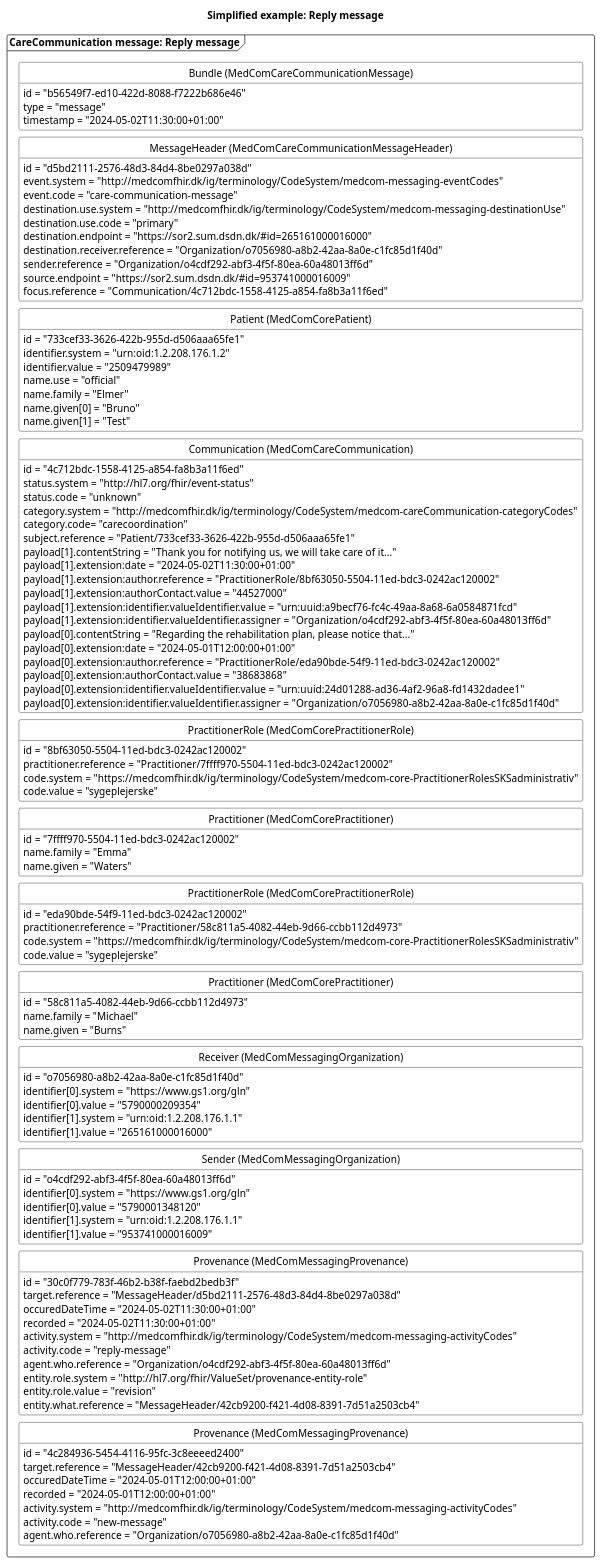
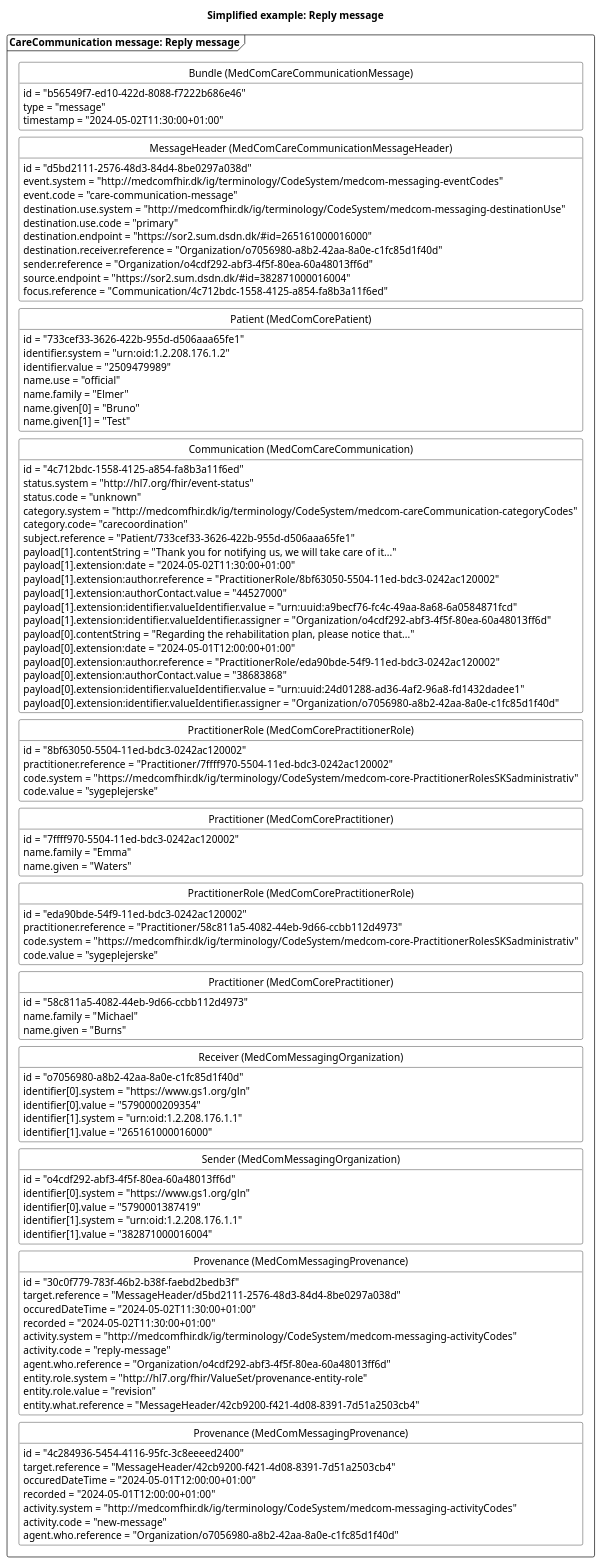
Before and after one commit to medcomdk/dk-medcom-carecommunication: the diagram in puml/CareCommunicationReplyMessage.puml, drawn with PlantUML. The commit also changed 29 other files, not shown here.

Commit message:
updated: R-A, R-B, R-C, R-E, R-H, S-A og S-E med nyt SOR som ikke er lukket

```diff
--- a/puml/CareCommunicationReplyMessage.puml
+++ b/puml/CareCommunicationReplyMessage.puml
@@ -1,137 +1,137 @@
 @startuml CCreplyMessage
 
 'layout
 skinparam class {
     BackgroundColor White
     BorderColor Black
     ArrowColor Black
   }
 hide circle
 hide empty members
 skinparam SameClassWidth true
 skinparam Ranksep 10
 
 
 'title
 title Simplified example: Reply message
 
 'Message 1: reply message
 package "CareCommunication message: Reply message" as reply <<Frame>>{
     class "Bundle (MedComCareCommunicationMessage)" as replyB {
         id = "b56549f7-ed10-422d-8088-f7222b686e46"
         type = "message"
         timestamp = "2024-05-02T11:30:00+01:00"
     }
     class "MessageHeader (MedComCareCommunicationMessageHeader)" as replyMH{
         id = "d5bd2111-2576-48d3-84d4-8be0297a038d"
         event.system = "http://medcomfhir.dk/ig/terminology/CodeSystem/medcom-messaging-eventCodes"
         event.code = "care-communication-message"
         destination.use.system = "http://medcomfhir.dk/ig/terminology/CodeSystem/medcom-messaging-destinationUse"
         destination.use.code = "primary"
         destination.endpoint = "https://sor2.sum.dsdn.dk/#id=265161000016000"
         destination.receiver.reference = "Organization/o7056980-a8b2-42aa-8a0e-c1fc85d1f40d"
         sender.reference = "Organization/o4cdf292-abf3-4f5f-80ea-60a48013ff6d"
-        source.endpoint = "https://sor2.sum.dsdn.dk/#id=953741000016009"
+        source.endpoint = "https://sor2.sum.dsdn.dk/#id=382871000016004"
         focus.reference = "Communication/4c712bdc-1558-4125-a854-fa8b3a11f6ed"
     }
     class "Patient (MedComCorePatient)" as replyPT{
         id = "733cef33-3626-422b-955d-d506aaa65fe1"
         identifier.system = "urn:oid:1.2.208.176.1.2"
         identifier.value = "2509479989"
         name.use = "official"
         name.family = "Elmer"
         name.given[0] = "Bruno"
         name.given[1] = "Test"
     }
     class "Communication (MedComCareCommunication)" as replyCom{
         id = "4c712bdc-1558-4125-a854-fa8b3a11f6ed"
         status.system = "http://hl7.org/fhir/event-status" 
         status.code = "unknown"
         category.system = "http://medcomfhir.dk/ig/terminology/CodeSystem/medcom-careCommunication-categoryCodes"
         category.code= "carecoordination"
         subject.reference = "Patient/733cef33-3626-422b-955d-d506aaa65fe1"
         payload[1].contentString = "Thank you for notifying us, we will take care of it..."
         payload[1].extension:date = "2024-05-02T11:30:00+01:00"
         payload[1].extension:author.reference = "PractitionerRole/8bf63050-5504-11ed-bdc3-0242ac120002"
         payload[1].extension:authorContact.value = "44527000"
         payload[1].extension:identifier.valueIdentifier.value = "urn:uuid:a9becf76-fc4c-49aa-8a68-6a0584871fcd"
         payload[1].extension:identifier.valueIdentifier.assigner = "Organization/o4cdf292-abf3-4f5f-80ea-60a48013ff6d"
         payload[0].contentString = "Regarding the rehabilitation plan, please notice that..."
         payload[0].extension:date = "2024-05-01T12:00:00+01:00"
         payload[0].extension:author.reference = "PractitionerRole/eda90bde-54f9-11ed-bdc3-0242ac120002"
         payload[0].extension:authorContact.value = "38683868"
         payload[0].extension:identifier.valueIdentifier.value = "urn:uuid:24d01288-ad36-4af2-96a8-fd1432dadee1"
         payload[0].extension:identifier.valueIdentifier.assigner = "Organization/o7056980-a8b2-42aa-8a0e-c1fc85d1f40d"
     } 
     class "PractitionerRole (MedComCorePractitionerRole)" as replyPracR{
         id = "8bf63050-5504-11ed-bdc3-0242ac120002"
         practitioner.reference = "Practitioner/7ffff970-5504-11ed-bdc3-0242ac120002"
         code.system = "https://medcomfhir.dk/ig/terminology/CodeSystem/medcom-core-PractitionerRolesSKSadministrativ"
         code.value = "sygeplejerske"
     }
     class "Practitioner (MedComCorePractitioner)" as replyPrac{
         id = "7ffff970-5504-11ed-bdc3-0242ac120002"
         name.family = "Emma"
         name.given = "Waters"
     }
     class "PractitionerRole (MedComCorePractitionerRole)" as newPracR{
         id = "eda90bde-54f9-11ed-bdc3-0242ac120002"
         practitioner.reference = "Practitioner/58c811a5-4082-44eb-9d66-ccbb112d4973"
         code.system = "https://medcomfhir.dk/ig/terminology/CodeSystem/medcom-core-PractitionerRolesSKSadministrativ"
         code.value = "sygeplejerske"
     }
     class "Practitioner (MedComCorePractitioner)" as newPrac{
         id = "58c811a5-4082-44eb-9d66-ccbb112d4973"
         name.family = "Michael"
         name.given = "Burns"
     }
     class "Sender (MedComMessagingOrganization)" as replySOrg{
         id = "o4cdf292-abf3-4f5f-80ea-60a48013ff6d"
         identifier[0].system = "https://www.gs1.org/gln"
-        identifier[0].value = "5790001348120"
+        identifier[0].value = "5790001387419"
         identifier[1].system = "urn:oid:1.2.208.176.1.1"
-        identifier[1].value = "953741000016009"
+        identifier[1].value = "382871000016004"
     }
     class "Receiver (MedComMessagingOrganization)" as replyROrg{
         id = "o7056980-a8b2-42aa-8a0e-c1fc85d1f40d"
         identifier[0].system = "https://www.gs1.org/gln"
         identifier[0].value = "5790000209354"
         identifier[1].system = "urn:oid:1.2.208.176.1.1"
         identifier[1].value = "265161000016000"
     }
     class "Provenance (MedComMessagingProvenance)" as replyPRO{
         id = "30c0f779-783f-46b2-b38f-faebd2bedb3f"
         target.reference = "MessageHeader/d5bd2111-2576-48d3-84d4-8be0297a038d"
         occuredDateTime = "2024-05-02T11:30:00+01:00"
         recorded = "2024-05-02T11:30:00+01:00"
         activity.system = "http://medcomfhir.dk/ig/terminology/CodeSystem/medcom-messaging-activityCodes"
         activity.code = "reply-message"
         agent.who.reference = "Organization/o4cdf292-abf3-4f5f-80ea-60a48013ff6d"
         entity.role.system = "http://hl7.org/fhir/ValueSet/provenance-entity-role"
         entity.role.value = "revision"
         entity.what.reference = "MessageHeader/42cb9200-f421-4d08-8391-7d51a2503cb4"
     }
     class "Provenance (MedComMessagingProvenance)" as newPRO{
         id = "4c284936-5454-4116-95fc-3c8eeeed2400"
         target.reference = "MessageHeader/42cb9200-f421-4d08-8391-7d51a2503cb4"
         occuredDateTime = "2024-05-01T12:00:00+01:00"
         recorded = "2024-05-01T12:00:00+01:00"
         activity.system = "http://medcomfhir.dk/ig/terminology/CodeSystem/medcom-messaging-activityCodes"
         activity.code = "new-message"
         agent.who.reference = "Organization/o7056980-a8b2-42aa-8a0e-c1fc85d1f40d"
     }
 
 replyB -[hidden]- replyMH
 replyMH -[hidden]-replyPT
 replyPT-[hidden]-replyCom
 replyCom -[hidden]-replyPracR
 replyPracR-[hidden]-replyPrac
 replyPrac-[hidden]-newPracR
 newPracR-[hidden]-newPrac
 newPrac-[hidden]-replyROrg
 replyROrg-[hidden]- replySOrg
 replySOrg-[hidden]-replyPRO
 replyPRO-[hidden]-newPRO
 
 
 @enduml
```
